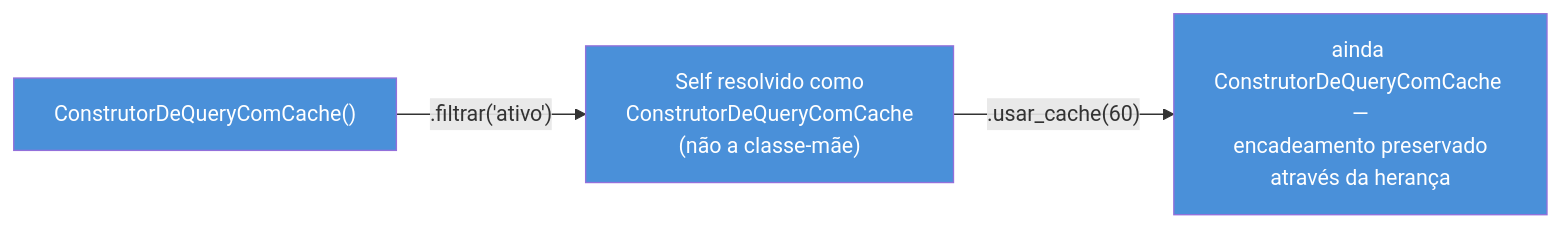
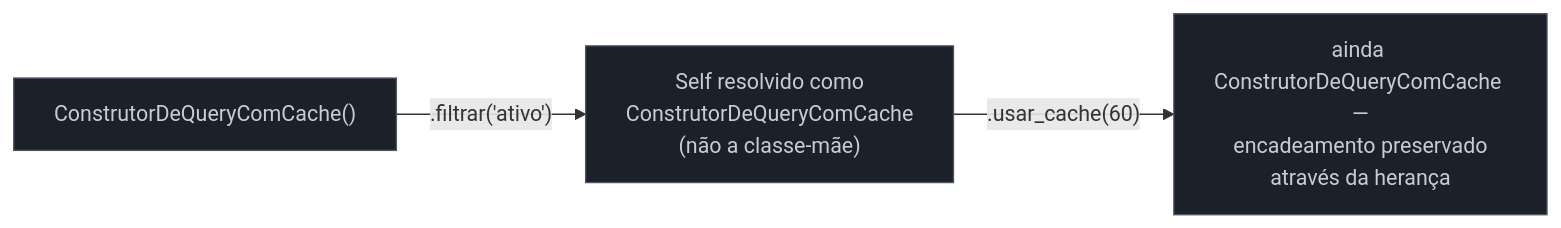
One commit to josenaldo/codex-technomanticus changed the second of 4 diagrams in 03-Dominios/Tecnologia/Python/Tipagem moderna/07 - Typing avançado — overload, Self, ParamSpec.md. Above: the diagram before and after it, drawn with Mermaid. The commit also changed other lines of this file and 1181 other files, not shown here.

First line of the commit message:
fix(diagramas): paleta do sistema no lugar de cor cravada no markdown

````diff
--- a/03-Dominios/Tecnologia/Python/Tipagem moderna/07 - Typing avançado — overload, Self, ParamSpec.md
+++ b/03-Dominios/Tecnologia/Python/Tipagem moderna/07 - Typing avançado — overload, Self, ParamSpec.md
@@ -152,9 +155,10 @@
 ```mermaid
 flowchart LR
+    classDef neutro fill:#1B2029,stroke:#4E5666,color:#C6CCD8
     A["ConstrutorDeQueryComCache()"] -->|".filtrar('ativo')"| B["Self resolvido como<br/>ConstrutorDeQueryComCache<br/>(não a classe-mãe)"]
     B -->|".usar_cache(60)"| C["ainda ConstrutorDeQueryComCache —<br/>encadeamento preservado<br/>através da herança"]
 
-    style A fill:#4A90D9,color:#fff
-    style B fill:#4A90D9,color:#fff
-    style C fill:#4A90D9,color:#fff
+    class A neutro
+    class B neutro
+    class C neutro
 ```
````
